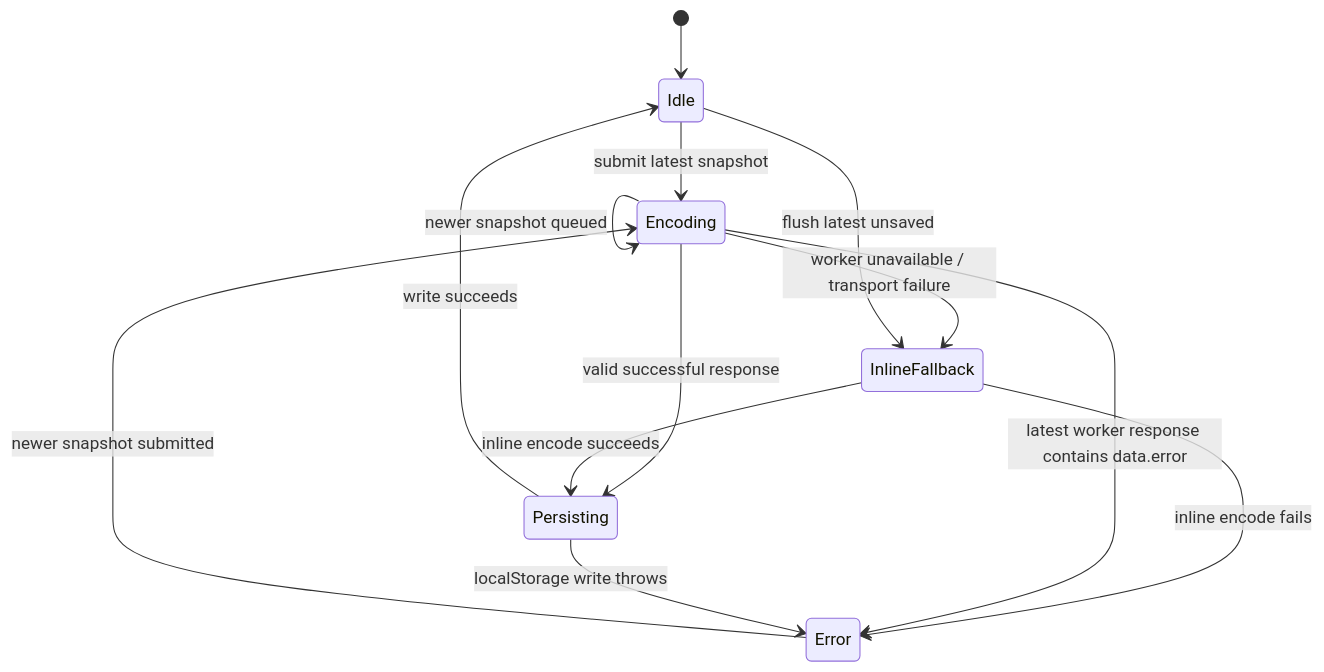
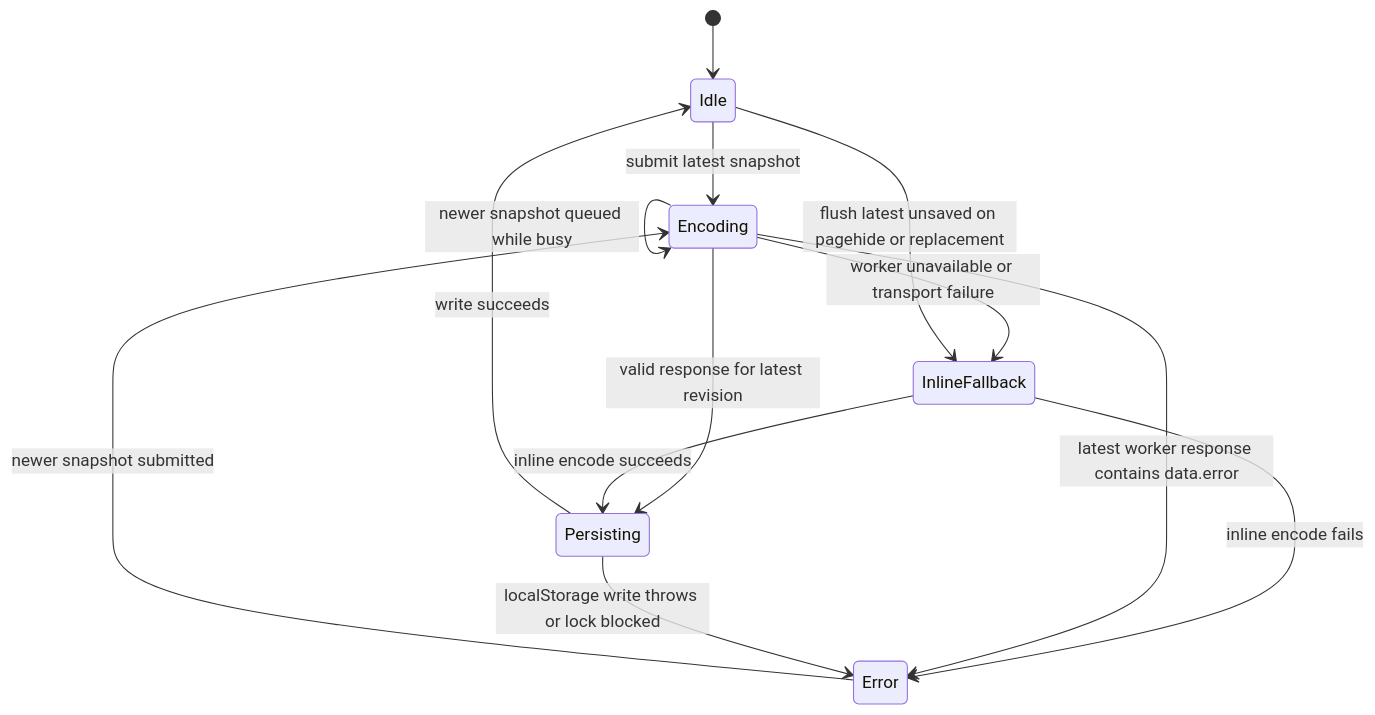
One commit to fsodano/granaderos changed the second of 3 diagrams in docs/architecture/persistence.md. Above: the diagram before and after it, drawn with Mermaid. The commit also changed other lines of this file and 1182 other files, not shown here.

````diff
--- a/docs/architecture/persistence.md
+++ b/docs/architecture/persistence.md
@@ -151,15 +117,15 @@
 ```mermaid
 stateDiagram-v2
   [*] --> Idle
   Idle --> Encoding: submit latest snapshot
-  Encoding --> Persisting: valid successful response
-  Encoding --> Encoding: newer snapshot queued
-  Encoding --> InlineFallback: worker unavailable / transport failure
+  Encoding --> Persisting: valid response for latest revision
+  Encoding --> Encoding: newer snapshot queued while busy
+  Encoding --> InlineFallback: worker unavailable or transport failure
   InlineFallback --> Persisting: inline encode succeeds
   InlineFallback --> Error: inline encode fails
   Encoding --> Error: latest worker response contains data.error
   Persisting --> Idle: write succeeds
-  Persisting --> Error: localStorage write throws
+  Persisting --> Error: localStorage write throws or lock blocked
   Error --> Encoding: newer snapshot submitted
-  Idle --> InlineFallback: flush latest unsaved
+  Idle --> InlineFallback: flush latest unsaved on pagehide or replacement
 ```
````
